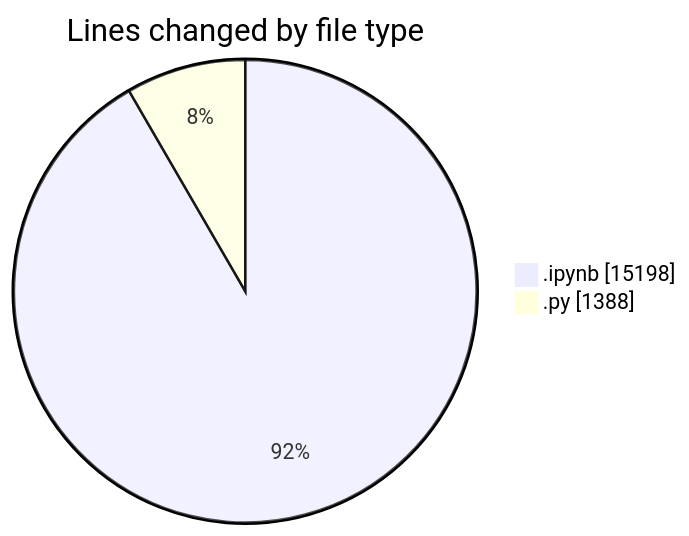
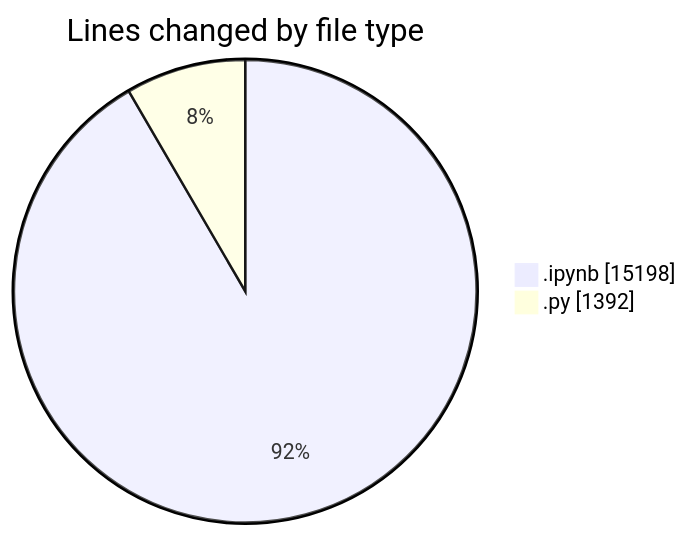
The first of 2 diagrams in 2025-04-10/myws__workspace_/README.md (MatusMokan/code-tracking), drawn with Mermaid before and after one commit. The commit also changed other lines of this file and 1 other file, not shown here.

````diff
--- a/2025-04-10/myws__workspace_/README.md
+++ b/2025-04-10/myws__workspace_/README.md
@@ -21,6 +21,6 @@
 ```mermaid
 pie showData
 title Lines changed by file type
 ".ipynb" : 15198
-".py" : 1388
+".py" : 1392
 ```
````
